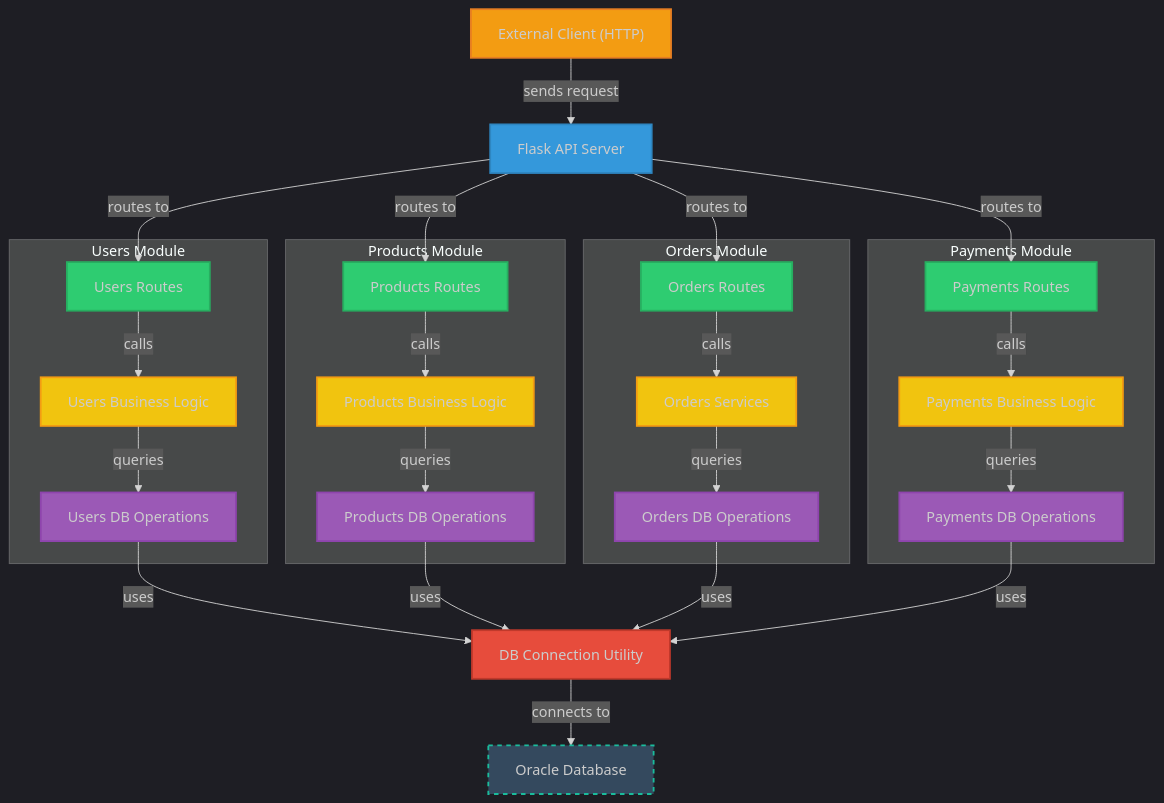
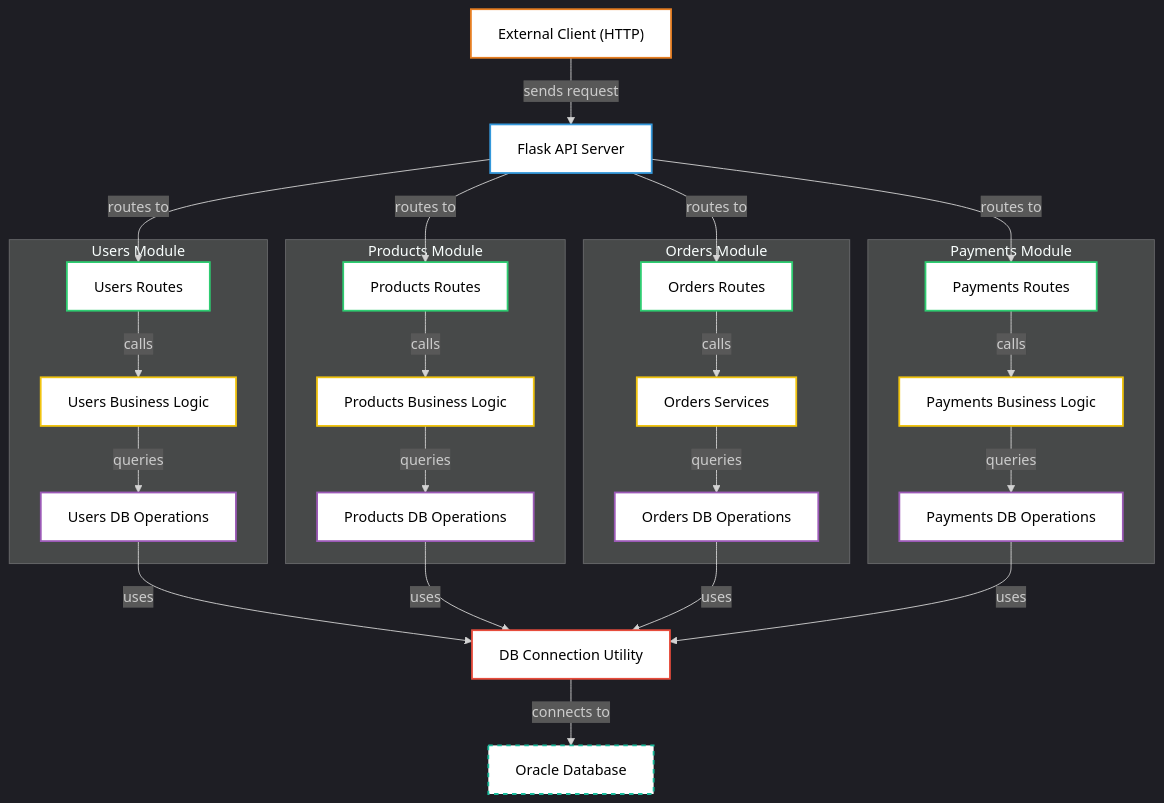
One commit to sudokentucky/-SBD1-P1_202100106 changed the diagram in README.md. Above: the diagram before and after it, drawn with Mermaid. The commit also changed other lines of this file, not shown here.

````diff
--- a/README.md
+++ b/README.md
@@ -190,13 +190,14 @@
     click PaymentsBL "https://github.com/sudokentucky/-sbd1-p1_202100106/blob/main/client/app/payments/payments.py"
     click DBUtility "https://github.com/sudokentucky/-sbd1-p1_202100106/blob/main/client/utils/db.py"
 
-    %% Styles (modo oscuro, colores llamativos)
-    classDef external fill:#f39c12,stroke:#e67e22,stroke-width:2px;
-    classDef api fill:#3498db,stroke:#2e86c1,stroke-width:2px;
-    classDef module fill:#2ecc71,stroke:#27ae60,stroke-width:2px;
-    classDef business fill:#f1c40f,stroke:#f39c12,stroke-width:2px;
-    classDef db_module fill:#9b59b6,stroke:#8e44ad,stroke-width:2px;
-    classDef util fill:#e74c3c,stroke:#c0392b,stroke-width:2px;
-    classDef database fill:#34495e,stroke:#1abc9c,stroke-width:2px,stroke-dasharray: 5,5;
+    %% Styles (modo oscuro, fondo blanco y bordes llamativos)
+    classDef external fill:#ffffff,color:#000000,stroke:#e67e22,stroke-width:2px;
+    classDef api fill:#ffffff,color:#000000,stroke:#3498db,stroke-width:2px;
+    classDef module fill:#ffffff,color:#000000,stroke:#2ecc71,stroke-width:2px;
+    classDef business fill:#ffffff,color:#000000,stroke:#f1c40f,stroke-width:2px;
+    classDef db_module fill:#ffffff,color:#000000,stroke:#9b59b6,stroke-width:2px;
+    classDef util fill:#ffffff,color:#000000,stroke:#e74c3c,stroke-width:2px;
+    classDef database fill:#ffffff,color:#000000,stroke:#1abc9c,stroke-width:2px,stroke-dasharray: 5,5;
+
 
 ```
````
